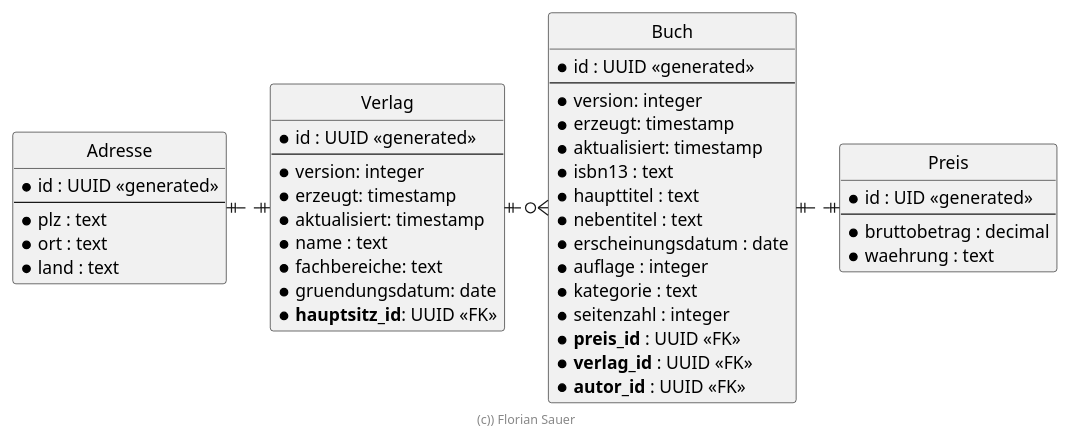
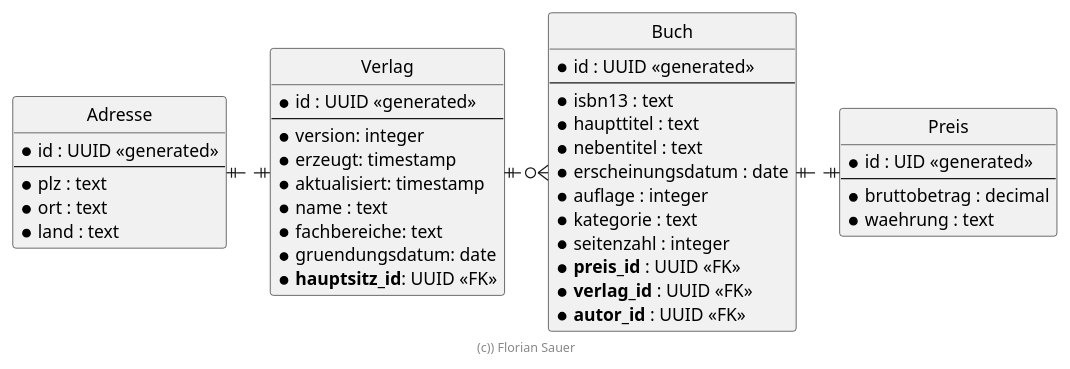
Before and after one commit to flomanuel/Software_Architecture_Course_Verlag: the diagram in extras/doc/er-diagramm.plantuml, drawn with PlantUML.

Commit message:
er diagram: remove non existent attribute

```diff
--- a/extras/doc/er-diagramm.plantuml
+++ b/extras/doc/er-diagramm.plantuml
@@ -19,60 +19,57 @@
 @startuml ER Diagramm
 
 ' hide the spot
 hide circle
 
 ' evtl. Prbleme mit Kraehenfuessen vermeiden
 skinparam linetype ortho
 
 entity "Adresse" {
   * id : UUID <<generated>>
   --
   * plz : text
   * ort : text
   * land : text
 }
 
 entity "Verlag" {
   * id : UUID <<generated>>
   --
   * version: integer
   * erzeugt: timestamp
   * aktualisiert: timestamp
   * name : text
   * fachbereiche: text
   * gruendungsdatum: date
   * **hauptsitz_id**: UUID <<FK>>
 }
 
 entity "Buch" {
   * id : UUID <<generated>>
   --
-  * version: integer
-  * erzeugt: timestamp
-  * aktualisiert: timestamp
   * isbn13 : text
   * haupttitel : text
   * nebentitel : text
   * erscheinungsdatum : date
   * auflage : integer
   * kategorie : text
   * seitenzahl : integer
   * **preis_id** : UUID <<FK>>
   * **verlag_id** : UUID <<FK>>
   * **autor_id** : UUID <<FK>>
 }
 
 entity "Preis" {
   * id : UID <<generated>>
   --
   * bruttobetrag : decimal
   * waehrung : text
 }
 
 Verlag ||.left.|| Adresse
 Verlag ||.right.o{ Buch
 Buch ||.right.|| Preis
 
 footer (c)) Florian Sauer
 
 @enduml
```
